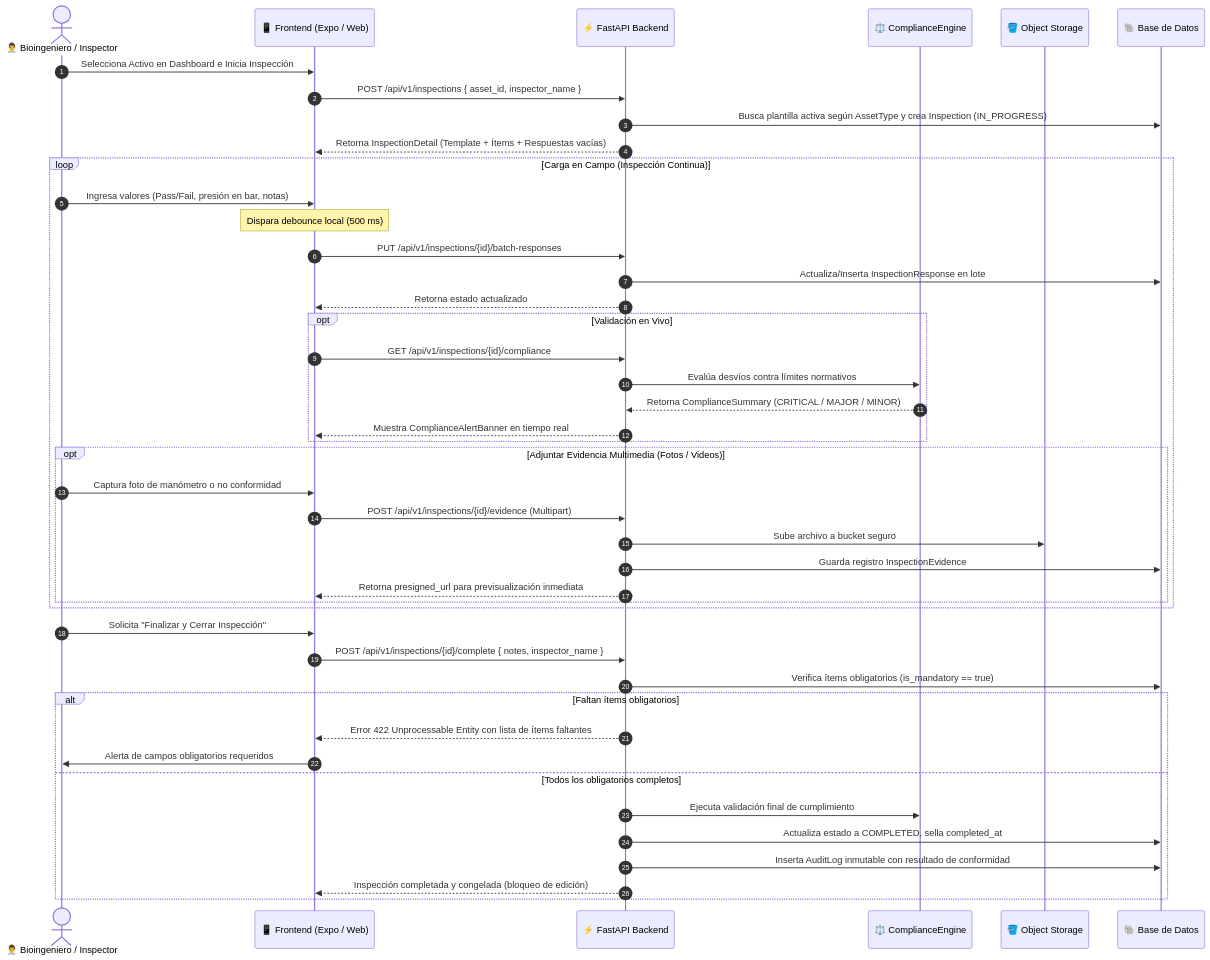
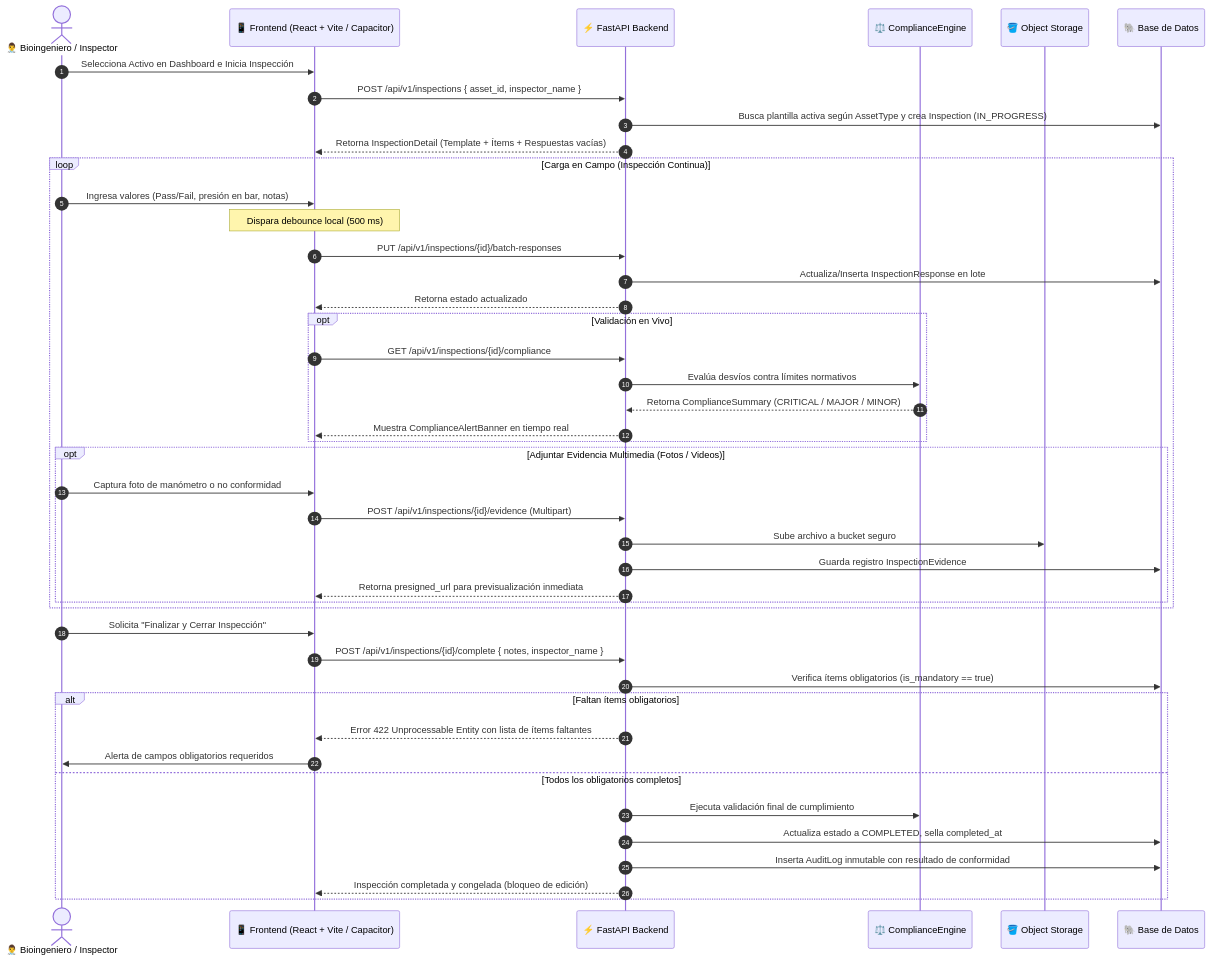
One commit to pedrobattauzpb/Proyecto_Taller_Bioingenieria-Grupo_19 changed the third of 3 diagrams in ARQUITECTURA.md. Above: the diagram before and after it, drawn with Mermaid. The commit also changed other lines of this file and 17 other files, not shown here.

````diff
--- a/ARQUITECTURA.md
+++ b/ARQUITECTURA.md
@@ -215,51 +215,51 @@
 ```mermaid
 sequenceDiagram
     autonumber
     actor Inspector as 👨‍⚕️ Bioingeniero / Inspector
-    participant UI as 📱 Frontend (Expo / Web)
+    participant UI as 📱 Frontend (React + Vite / Capacitor)
     participant API as ⚡ FastAPI Backend
     participant CE as ⚖️ ComplianceEngine
     participant S3 as 🪣 Object Storage
     participant DB as 🐘 Base de Datos
 
     Inspector->>UI: Selecciona Activo en Dashboard e Inicia Inspección
     UI->>API: POST /api/v1/inspections { asset_id, inspector_name }
     API->>DB: Busca plantilla activa según AssetType y crea Inspection (IN_PROGRESS)
     API-->>UI: Retorna InspectionDetail (Template + Ítems + Respuestas vacías)
 
     loop Carga en Campo (Inspección Continua)
         Inspector->>UI: Ingresa valores (Pass/Fail, presión en bar, notas)
         Note over UI: Dispara debounce local (500 ms)
         UI->>API: PUT /api/v1/inspections/{id}/batch-responses
         API->>DB: Actualiza/Inserta InspectionResponse en lote
         API-->>UI: Retorna estado actualizado
 
         opt Validación en Vivo
             UI->>API: GET /api/v1/inspections/{id}/compliance
             API->>CE: Evalúa desvíos contra límites normativos
             CE-->>API: Retorna ComplianceSummary (CRITICAL / MAJOR / MINOR)
             API-->>UI: Muestra ComplianceAlertBanner en tiempo real
         end
 
         opt Adjuntar Evidencia Multimedia (Fotos / Videos)
             Inspector->>UI: Captura foto de manómetro o no conformidad
             UI->>API: POST /api/v1/inspections/{id}/evidence (Multipart)
             API->>S3: Sube archivo a bucket seguro
             API->>DB: Guarda registro InspectionEvidence
             API-->>UI: Retorna presigned_url para previsualización inmediata
         end
     end
 
     Inspector->>UI: Solicita "Finalizar y Cerrar Inspección"
     UI->>API: POST /api/v1/inspections/{id}/complete { notes, inspector_name }
     API->>DB: Verifica ítems obligatorios (is_mandatory == true)
     alt Faltan ítems obligatorios
         API-->>UI: Error 422 Unprocessable Entity con lista de ítems faltantes
         UI->>Inspector: Alerta de campos obligatorios requeridos
     else Todos los obligatorios completos
         API->>CE: Ejecuta validación final de cumplimiento
         API->>DB: Actualiza estado a COMPLETED, sella completed_at
         API->>DB: Inserta AuditLog inmutable con resultado de conformidad
         API-->>UI: Inspección completada y congelada (bloqueo de edición)
     end
 ```
````
